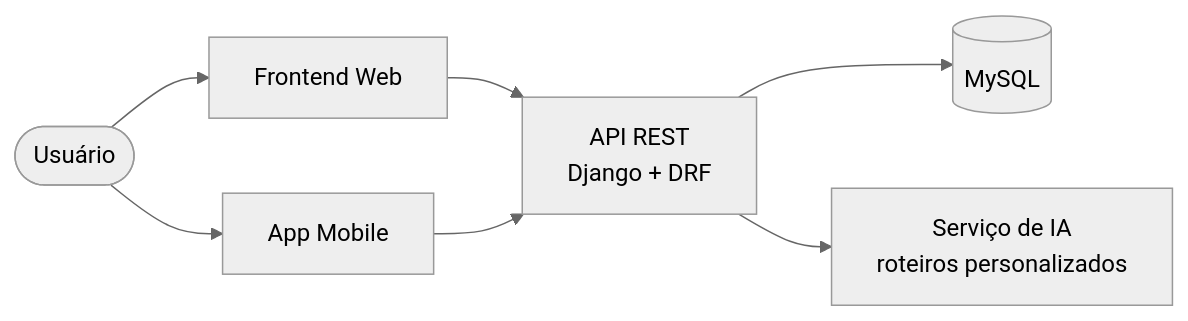
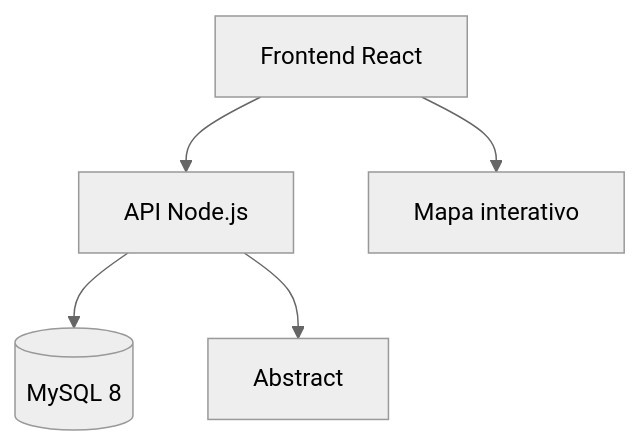
One commit to Micael-exe/Jaboatao-360 changed the diagram in README.md. Above: the diagram before and after it, drawn with Mermaid (neutral theme). The commit also changed other lines of this file and 55 other files, not shown here.

Commit message:
feat: implementação do banco de dados local (requer configuração manual citada na documentação) + implementação da api de verificação de email (abstract api) + melhoria visual de páginas (comércio, mapa e perfil)

````diff
--- a/README.md
+++ b/README.md
@@ -127,9 +125,7 @@
 ```mermaid
-flowchart LR
-    U([Usuário]) --> W["Frontend Web"]
-    U --> A["App Mobile"]
-    W --> API["API REST<br/>Django + DRF"]
-    A --> API
-    API --> DB[("MySQL")]
-    API --> IA["Serviço de IA<br/>roteiros personalizados"]
+flowchart TD
+    F["Frontend React"] --> A["API Node.js"]
+    F --> M["Mapa interativo"]
+    A --> D[("MySQL 8")]
+    A --> E["Abstract"]
 ```
````
